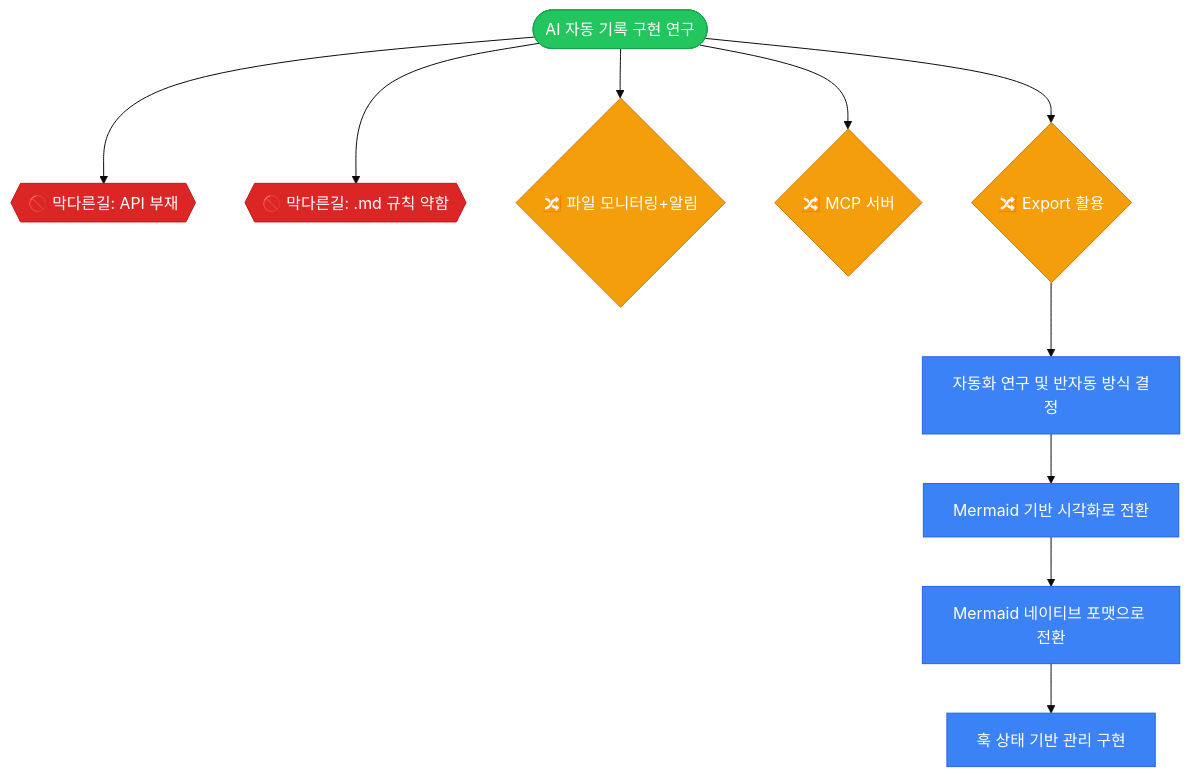
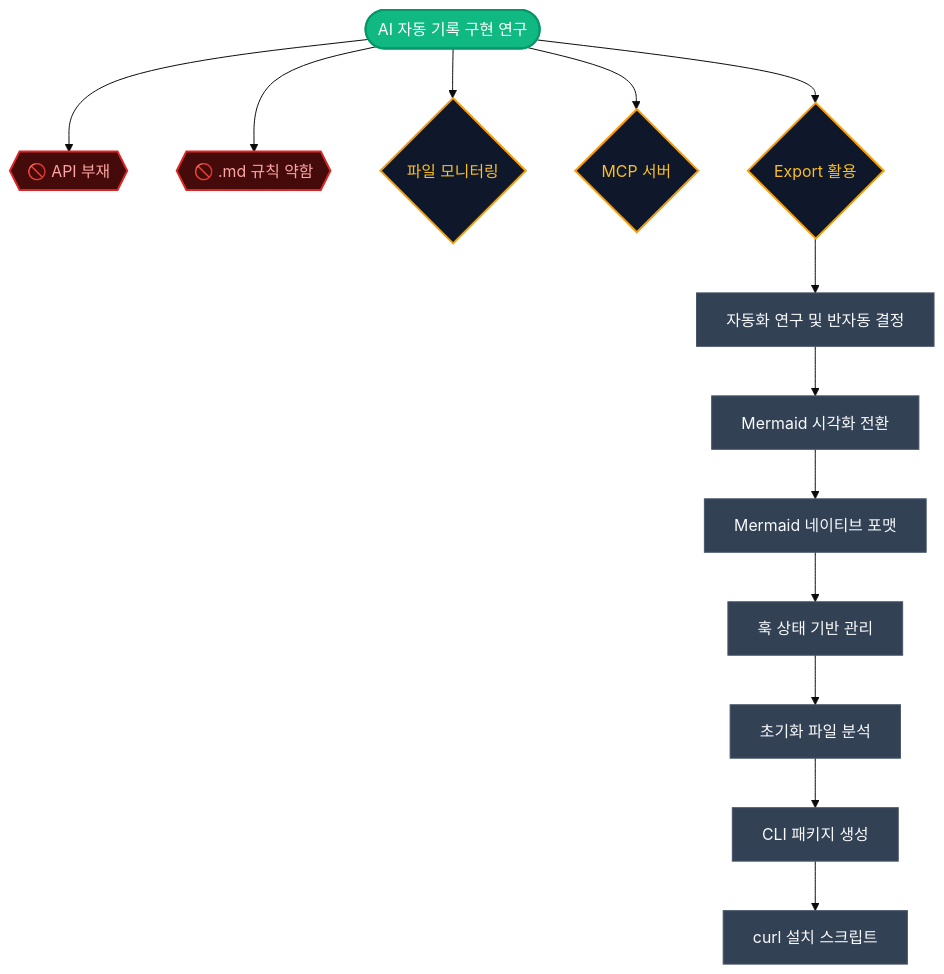
Before and after one commit to NamHyeongKeol/viz-vibe: the diagram in trajectory.mmd, drawn with Mermaid (base theme). The commit also changed 9 other files, not shown here.

First line of the commit message:
feat: Add CLI package and curl installer for Claude Code users

```diff
--- a/trajectory.mmd
+++ b/trajectory.mmd
@@ -1,53 +1,66 @@
 flowchart TD
     %% @node_research_start [start]: AI가 바이브코딩 중 작업 내역을 자동으로 trajectory에 기록하도록 만드는 방법 탐색
     node_research_start(["AI 자동 기록 구현 연구"])
 
     %% @node_deadend_no_hook [blocker]: Antigravity가 대화 턴 시작/종료 Hook이나 대화록 접근 API를 제공하지 않음
-    node_deadend_no_hook{{"🚫 막다른길: API 부재"}}
+    node_deadend_no_hook{{"🚫 API 부재"}}
 
     %% @node_deadend_md_weak [blocker]: .agent/rules/vizvibe.md에 규칙 설정했으나 AI가 자동 적용하지 않음
-    node_deadend_md_weak{{"🚫 막다른길: .md 규칙 약함"}}
+    node_deadend_md_weak{{"🚫 .md 규칙 약함"}}
 
     %% @node_approach_file_monitor [condition]: 대화록 파일 변경 감지 후 유저에게 알림
-    node_approach_file_monitor{"🔀 파일 모니터링+알림"}
+    node_approach_file_monitor{"파일 모니터링"}
 
     %% @node_approach_mcp_server [condition]: MCP 서버로 update_trajectory 도구 제공
-    node_approach_mcp_server{"🔀 MCP 서버"}
+    node_approach_mcp_server{"MCP 서버"}
 
     %% @node_approach_export [condition]: Antigravity 대화록 export 기능 활용
-    node_approach_export{"🔀 Export 활용"}
+    node_approach_export{"Export 활용"}
 
     %% @node_automation_research [ai-task]: AI 자동 기록 자동화 불가 확인, 반자동 방식으로 전환
-    node_automation_research["자동화 연구 및 반자동 방식 결정"]
+    node_automation_research["자동화 연구 및 반자동 결정"]
 
     %% @node_mermaid_migration [ai-task]: VizFlowEditorProvider를 Mermaid.js 기반으로 전환
-    node_mermaid_migration["Mermaid 기반 시각화로 전환"]
+    node_mermaid_migration["Mermaid 시각화 전환"]
 
-    %% @node_mermaid_native [ai-task]: JSON에서 Mermaid 네이티브 포맷으로 완전 전환, Graph/Source 뷰 토글 구현
-    node_mermaid_native["Mermaid 네이티브 포맷으로 전환"]
+    %% @node_mermaid_native [ai-task]: JSON에서 Mermaid 네이티브 포맷으로 완전 전환
+    node_mermaid_native["Mermaid 네이티브 포맷"]
 
-    %% @node_hook_state [ai-task]: 훅 중복 방지를 키워드 매칭에서 상태 파일 기반으로 변경
-    node_hook_state["훅 상태 기반 관리 구현"]
+    %% @node_hook_state [ai-task]: 훅 중복 방지를 키워드에서 state.json 기반으로 변경
+    node_hook_state["훅 상태 기반 관리"]
 
-    %% Edges
+    %% @node_init_analysis [ai-task]: 사용자 프로젝트 초기화 시 필요한 파일 분석
+    node_init_analysis["초기화 파일 분석"]
+
+    %% @node_cli_package [ai-task]: Claude Code 사용자를 위한 npx @viz-vibe/cli init 패키지 생성
+    node_cli_package["CLI 패키지 생성"]
+
+    %% @node_curl_install [ai-task]: curl install.sh 스크립트 생성 및 README Getting Started 추가
+    node_curl_install["curl 설치 스크립트"]
+
     node_research_start --> node_deadend_no_hook
     node_research_start --> node_deadend_md_weak
     node_research_start --> node_approach_file_monitor
     node_research_start --> node_approach_mcp_server
     node_research_start --> node_approach_export
     node_approach_export --> node_automation_research
     node_automation_research --> node_mermaid_migration
     node_mermaid_migration --> node_mermaid_native
     node_mermaid_native --> node_hook_state
+    node_hook_state --> node_init_analysis
+    node_init_analysis --> node_cli_package
+    node_cli_package --> node_curl_install
 
-    %% Styles
-    style node_research_start fill:#22c55e,stroke:#16a34a,color:#fff
-    style node_deadend_no_hook fill:#dc2626,stroke:#b91c1c,color:#fff
-    style node_deadend_md_weak fill:#dc2626,stroke:#b91c1c,color:#fff
-    style node_approach_file_monitor fill:#f59e0b,stroke:#d97706,color:#fff
-    style node_approach_mcp_server fill:#f59e0b,stroke:#d97706,color:#fff
-    style node_approach_export fill:#f59e0b,stroke:#d97706,color:#fff
-    style node_automation_research fill:#3b82f6,stroke:#2563eb,color:#fff
-    style node_mermaid_migration fill:#3b82f6,stroke:#2563eb,color:#fff
-    style node_mermaid_native fill:#3b82f6,stroke:#2563eb,color:#fff
-    style node_hook_state fill:#3b82f6,stroke:#2563eb,color:#fff
+    style node_research_start fill:#10b981,stroke:#059669,color:#fff,stroke-width:2px
+    style node_deadend_no_hook fill:#450a0a,stroke:#dc2626,color:#fca5a5,stroke-width:2px
+    style node_deadend_md_weak fill:#450a0a,stroke:#dc2626,color:#fca5a5,stroke-width:2px
+    style node_approach_file_monitor fill:#0f172a,stroke:#f59e0b,color:#fbbf24,stroke-width:2px
+    style node_approach_mcp_server fill:#0f172a,stroke:#f59e0b,color:#fbbf24,stroke-width:2px
+    style node_approach_export fill:#0f172a,stroke:#f59e0b,color:#fbbf24,stroke-width:2px
+    style node_automation_research fill:#334155,stroke:#475569,color:#f8fafc,stroke-width:1px
+    style node_mermaid_migration fill:#334155,stroke:#475569,color:#f8fafc,stroke-width:1px
+    style node_mermaid_native fill:#334155,stroke:#475569,color:#f8fafc,stroke-width:1px
+    style node_hook_state fill:#334155,stroke:#475569,color:#f8fafc,stroke-width:1px
+    style node_init_analysis fill:#334155,stroke:#475569,color:#f8fafc,stroke-width:1px
+    style node_cli_package fill:#334155,stroke:#475569,color:#f8fafc,stroke-width:1px
+    style node_curl_install fill:#334155,stroke:#475569,color:#f8fafc,stroke-width:1px
```
